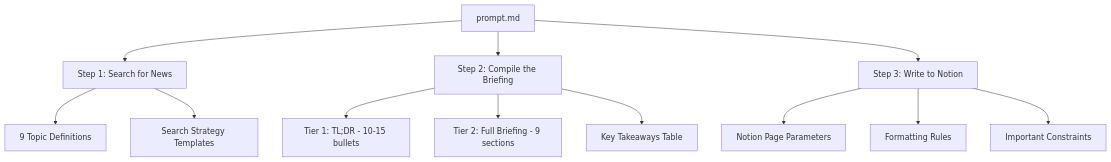
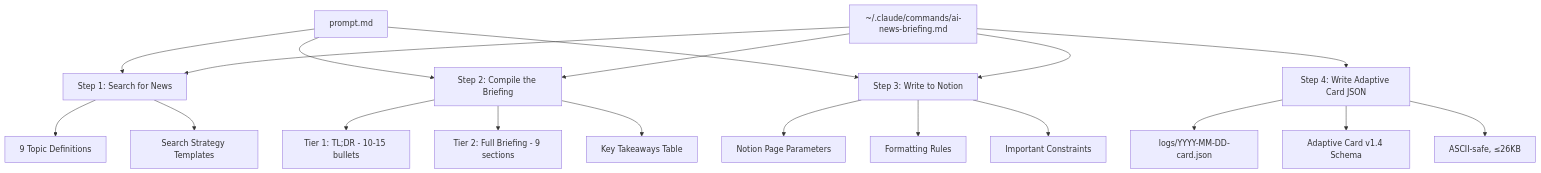
Before and after one commit to hoangsonww/ai-news-briefing: the fifth of 13 diagrams in ARCHITECTURE.md, drawn with Mermaid. The commit also changed other lines of this file and 8 other files, not shown here.

````diff
--- a/ARCHITECTURE.md
+++ b/ARCHITECTURE.md
@@ -246,17 +248,26 @@
 ```mermaid
 graph TD
     A[prompt.md] --> B[Step 1: Search for News]
     A --> C[Step 2: Compile the Briefing]
     A --> D[Step 3: Write to Notion]
+
+    SK["~/.claude/commands/ai-news-briefing.md"] --> B
+    SK --> C
+    SK --> D
+    SK --> F[Step 4: Write Adaptive Card JSON]
 
     B --> B1[9 Topic Definitions]
     B --> B2[Search Strategy Templates]
 
     C --> C1[Tier 1: TL;DR - 10-15 bullets]
     C --> C2[Tier 2: Full Briefing - 9 sections]
     C --> C3[Key Takeaways Table]
 
     D --> D1[Notion Page Parameters]
     D --> D2[Formatting Rules]
     D --> D3[Important Constraints]
+
+    F --> F1["logs/YYYY-MM-DD-card.json"]
+    F --> F2[Adaptive Card v1.4 Schema]
+    F --> F3["ASCII-safe, ≤26KB"]
 ```
````
